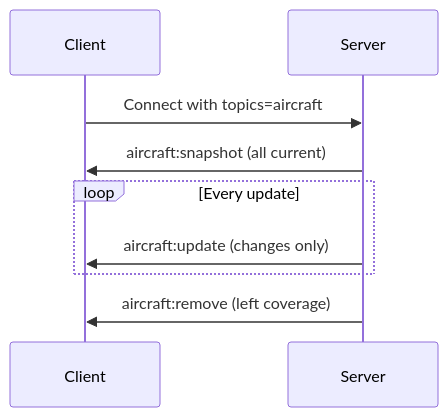
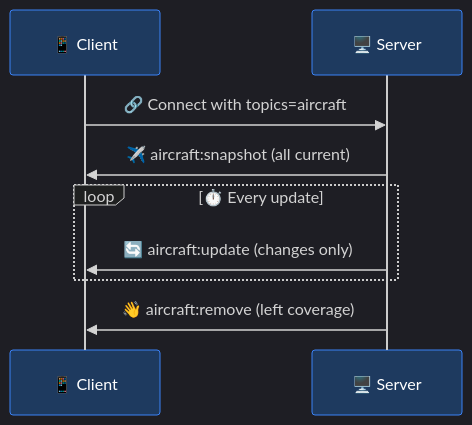
Before and after one commit to CHA0S-CORP/SkySpyDocs: the second of 3 diagrams in docs/Getting Started/real-time-api.md, drawn with Mermaid. The commit also changed other lines of this file and 11 other files, not shown here.

````diff
--- a/docs/Getting Started/real-time-api.md
+++ b/docs/Getting Started/real-time-api.md
@@ -124,14 +125,15 @@
 ```mermaid
+%%{init: {'theme': 'dark', 'themeVariables': { 'primaryColor': '#3b82f6', 'primaryTextColor': '#fff', 'primaryBorderColor': '#60a5fa', 'lineColor': '#60a5fa', 'actorTextColor': '#fff', 'actorBkg': '#1e3a5f', 'actorBorder': '#3b82f6'}}}%%
 sequenceDiagram
-    participant C as Client
-    participant S as Server
+    participant C as 📱 Client
+    participant S as 🖥️ Server
 
-    C->>S: Connect with topics=aircraft
-    S->>C: aircraft:snapshot (all current)
+    C->>S: 🔗 Connect with topics=aircraft
+    S->>C: ✈️ aircraft:snapshot (all current)
 
-    loop Every update
-        S->>C: aircraft:update (changes only)
+    loop ⏱️ Every update
+        S->>C: 🔄 aircraft:update (changes only)
     end
 
-    S->>C: aircraft:remove (left coverage)
+    S->>C: 👋 aircraft:remove (left coverage)
 ```
````
